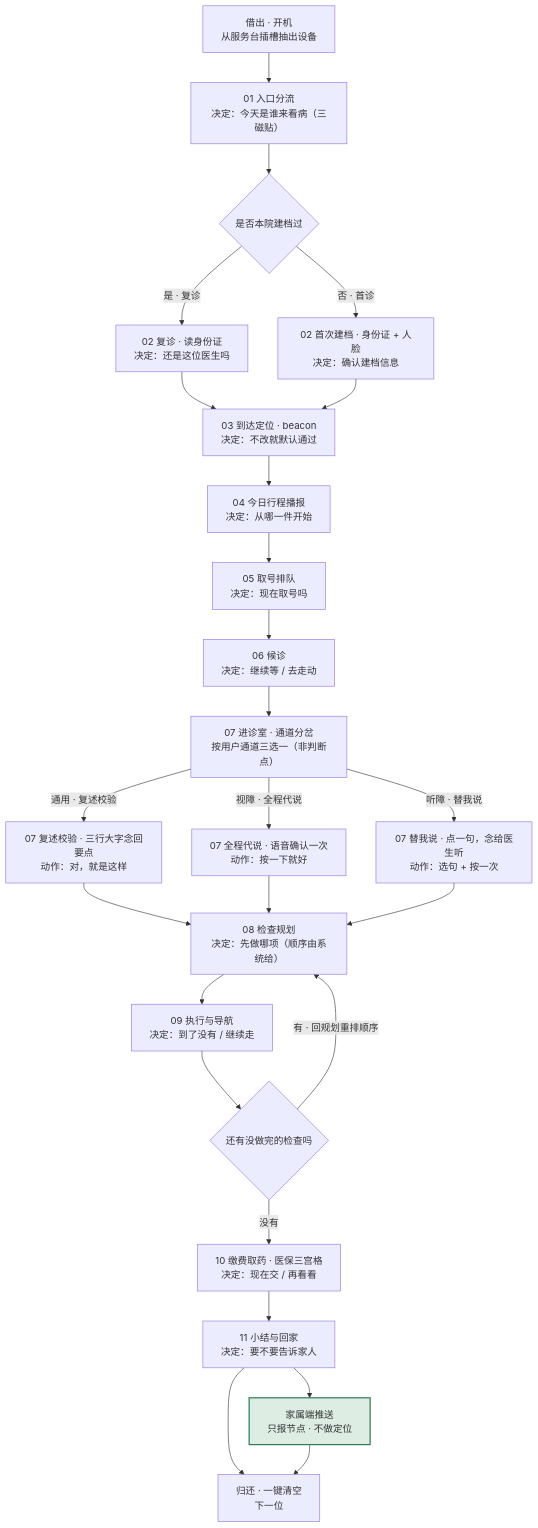
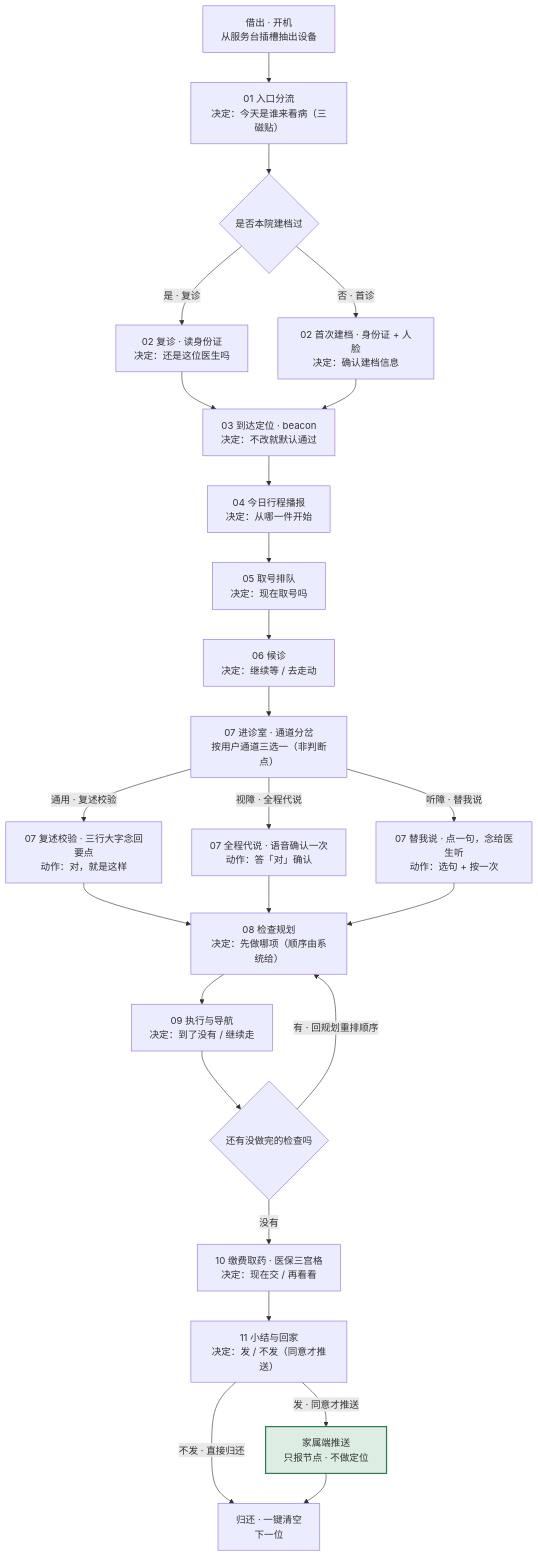
The diagram in 04-deliverables/02-流程图/src/主流程.mmd (xiangyuli494-cmyk/medpal-hc2026), drawn with Mermaid before and after one commit. The commit also changed 4 other files, not shown here.

Commit message:
docs(T3): 流程图源修订——按 T1 复审补发/不发路径与语音确认，异常口径对齐 #13

```diff
--- a/04-deliverables/02-流程图/src/主流程.mmd
+++ b/04-deliverables/02-流程图/src/主流程.mmd
@@ -1,45 +1,48 @@
 %% 小暖 · 主流程图（v1，2026-11-05 / T3）
 %% 起点：T1 的 v0 骨架（同目录），T3 接管后补三处：
 %%   ① 每个节点补第二行「决定：……」，对应 02-信息架构.md 33 格表的第 2 列；
 %%   ② 07 进诊室展开成三通道分岔（通用复述校验 / 视障全程代说 / 听障替我说）；
 %%   ③ 加 classDef：绿=家属端推送；红色只留给「求助」，归还用默认墨色（T1 review 1106）。
 %% 口径来源：02-design/03-交互流程.md 第 1 节（主流程）+ 02-design/02-信息架构.md 第 2 节（33 格表）
 %% 验收：蒙住文字只看箭头能走完；每个判断点都有两条以上出路；无悬空箭头。
 %% v1.1（2026-11-06，按 T1 review 改）：K1/K2/K3 补 07 编号；做完一项检查回 08 重排
 %%   顺序（原来绕开规划，等于规划永不更新）；归还去红色。
 %% v1.2（2026-11-08，按 T4 review 改）：J 从菱形改「通道分岔」普通节点——07 不是
 %%   用户判断，是按通道三选一分流（T1 规范 6.1）；真判断点只剩 C（建档）与 N（检查），
 %%   均为是/否两出口，与 06 验收「菱形必须二选一」一致。
 %% v1.3（2026-11-17，按 T1 裁定，06-五人分工 §10）：K3「字条递给医生」改回「念给医生听」——
 %%   该动作指设备替患者发声，不要求患者靠听觉获取信息，允许使用；流程图不得擅改。
+%% v1.4（2026-11-18，按 T1 复审 94947d1）：P 标「发 / 不发（同意才推送）」，P→R 拒绝也能归还的
+%%   路径显式标出（原来 P 只写「要不要告诉家人」，图上只剩 11→推送→归还一条）；K2 动作「按一下就好」
+%%   改为「答「对」确认」，与 T1 #13 视障语音确认规则一致。
 %% 本文件是结构稿：07 分岔因 mermaid 排版拆成 4 框，全图 20 框；
 %% A3 成品按 06-流程图视觉规范 §6.1 合为 1 框、18 框。验收照 18，数结构照 20。
 
 flowchart TD
   A["借出 · 开机<br/>从服务台插槽抽出设备"] --> B["01 入口分流<br/>决定：今天是谁来看病（三磁贴）"]
   B --> C{"是否本院建档过"}
   C -- "是 · 复诊" --> D["02 复诊 · 读身份证<br/>决定：还是这位医生吗"]
   C -- "否 · 首诊" --> E["02 首次建档 · 身份证 + 人脸<br/>决定：确认建档信息"]
   D --> F["03 到达定位 · beacon<br/>决定：不改就默认通过"]
   E --> F
   F --> G["04 今日行程播报<br/>决定：从哪一件开始"]
   G --> H["05 取号排队<br/>决定：现在取号吗"]
   H --> I["06 候诊<br/>决定：继续等 / 去走动"]
   I --> J["07 进诊室 · 通道分岔<br/>按用户通道三选一（非判断点）"]
   J -- "通用 · 复述校验" --> K1["07 复述校验 · 三行大字念回要点<br/>动作：对，就是这样"]
-  J -- "视障 · 全程代说" --> K2["07 全程代说 · 语音确认一次<br/>动作：按一下就好"]
+  J -- "视障 · 全程代说" --> K2["07 全程代说 · 语音确认一次<br/>动作：答「对」确认"]
   J -- "听障 · 替我说" --> K3["07 替我说 · 点一句，念给医生听<br/>动作：选句 + 按一次"]
   K1 --> L["08 检查规划<br/>决定：先做哪项（顺序由系统给）"]
   K2 --> L
   K3 --> L
   L --> M["09 执行与导航<br/>决定：到了没有 / 继续走"]
   M --> N{"还有没做完的检查吗"}
   N -- "有 · 回规划重排顺序" --> L
   N -- "没有" --> O["10 缴费取药 · 医保三宫格<br/>决定：现在交 / 再看看"]
-  O --> P["11 小结与回家<br/>决定：要不要告诉家人"]
-  P --> Q["家属端推送<br/>只报节点 · 不做定位"]
-  P --> R["归还 · 一键清空<br/>下一位"]
+  O --> P["11 小结与回家<br/>决定：发 / 不发（同意才推送）"]
+  P -- "发 · 同意才推送" --> Q["家属端推送<br/>只报节点 · 不做定位"]
+  P -- "不发 · 直接归还" --> R["归还 · 一键清空<br/>下一位"]
   Q --> R
 
   classDef done fill:#DDEDE3,stroke:#2C7A52,stroke-width:2px
   class Q done
```
